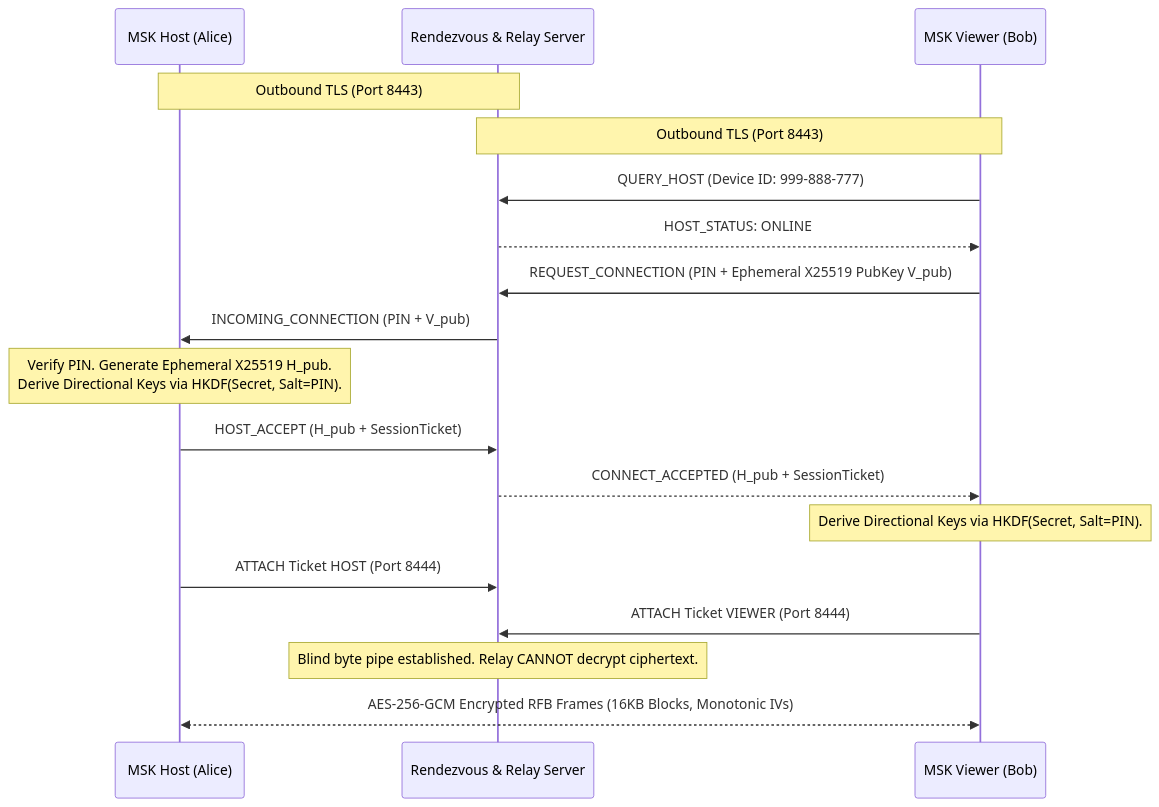
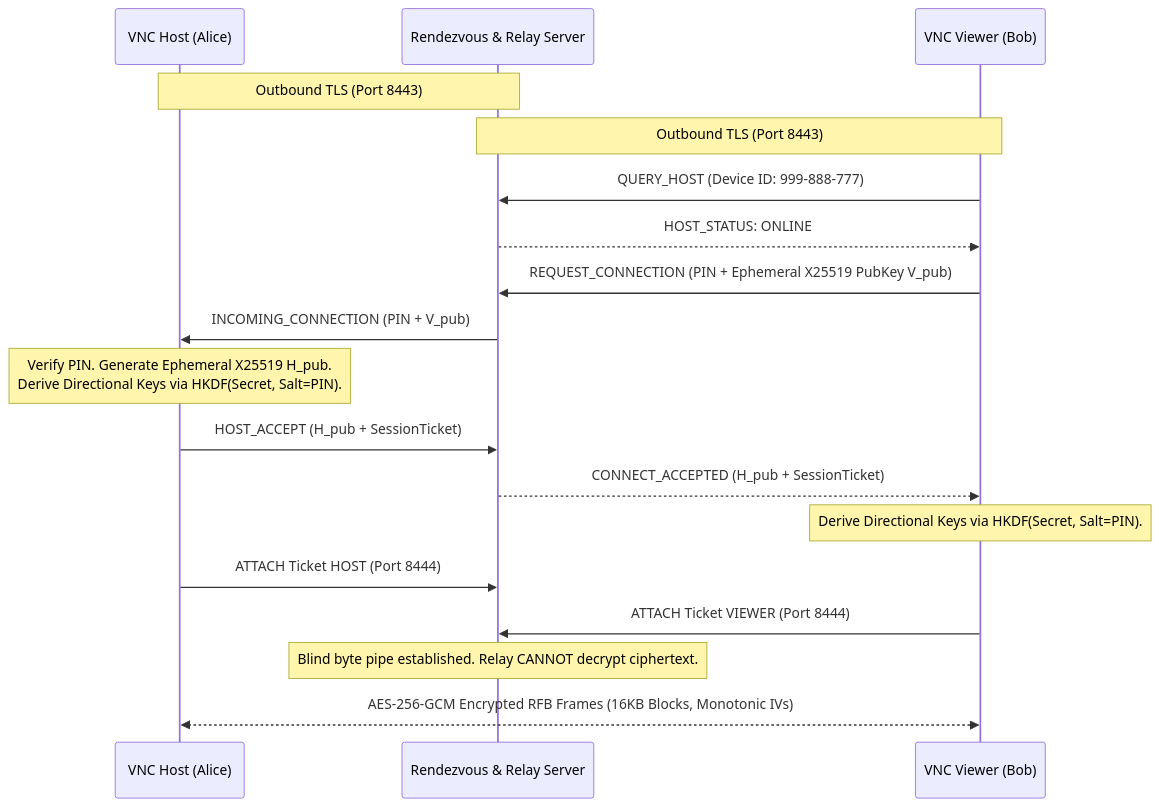
Before and after one commit to vihivincorp/VNCremoteconnect: the diagram in README.md, drawn with Mermaid. The commit also changed other lines of this file and 34 other files, not shown here.

````diff
--- a/README.md
+++ b/README.md
@@ -85,27 +84,27 @@
 ```mermaid
 sequenceDiagram
-    participant Host as MSK Host (Alice)
+    participant Host as VNC Host (Alice)
     participant Relay as Rendezvous & Relay Server
-    participant Viewer as MSK Viewer (Bob)
+    participant Viewer as VNC Viewer (Bob)
 
     Note over Host, Relay: Outbound TLS (Port 8443)
     Note over Viewer, Relay: Outbound TLS (Port 8443)
 
     Viewer->>Relay: QUERY_HOST (Device ID: 999-888-777)
     Relay-->>Viewer: HOST_STATUS: ONLINE
 
     Viewer->>Relay: REQUEST_CONNECTION (PIN + Ephemeral X25519 PubKey V_pub)
     Relay->>Host: INCOMING_CONNECTION (PIN + V_pub)
 
     Note over Host: Verify PIN. Generate Ephemeral X25519 H_pub.<br/>Derive Directional Keys via HKDF(Secret, Salt=PIN).
     Host->>Relay: HOST_ACCEPT (H_pub + SessionTicket)
     Relay-->>Viewer: CONNECT_ACCEPTED (H_pub + SessionTicket)
 
     Note over Viewer: Derive Directional Keys via HKDF(Secret, Salt=PIN).
 
     Host->>Relay: ATTACH Ticket HOST (Port 8444)
     Viewer->>Relay: ATTACH Ticket VIEWER (Port 8444)
 
     Note over Relay: Blind byte pipe established. Relay CANNOT decrypt ciphertext.
     Host<<-->>Viewer: AES-256-GCM Encrypted RFB Frames (16KB Blocks, Monotonic IVs)
 ```
````
